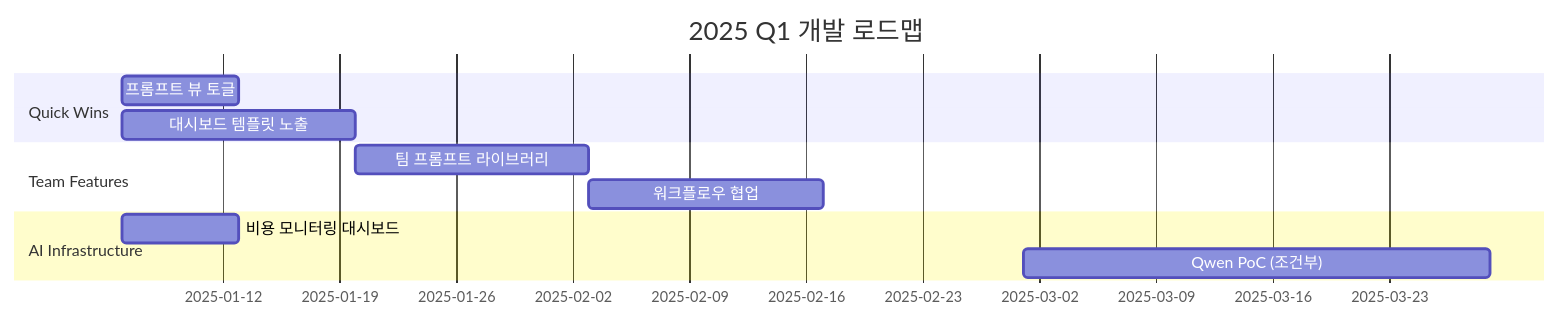
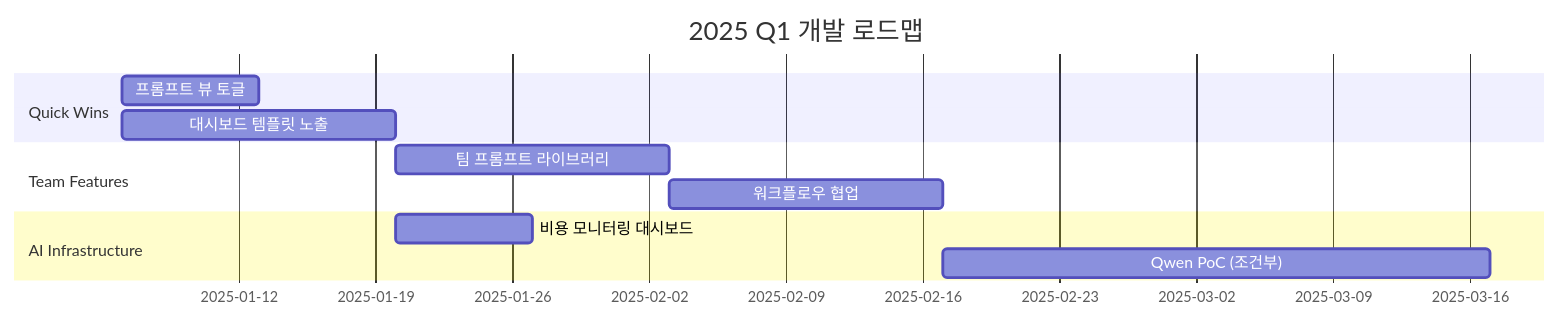
The seventh of 7 diagrams in docs/strategic_feedback_analysis_report.md (jinh2kakao/Ainativepromptmanagermvp), drawn with Mermaid before and after one commit.

Commit message:
docs: Add strategic feedback analysis report.

````diff
--- a/docs/strategic_feedback_analysis_report.md
+++ b/docs/strategic_feedback_analysis_report.md
@@ -675,14 +675,14 @@
 ```mermaid
 gantt
     title 2025 Q1 개발 로드맵
     dateFormat  YYYY-MM-DD
     section Quick Wins
     프롬프트 뷰 토글        :a1, 2025-01-06, 1w
     대시보드 템플릿 노출     :a2, 2025-01-06, 2w
     section Team Features
     팀 프롬프트 라이브러리   :b1, after a2, 2w
     워크플로우 협업          :b2, after b1, 2w
     section AI Infrastructure
-    비용 모니터링 대시보드   :c1, 2025-01-06, 1w
-    Qwen PoC (조건부)       :c2, 2025-03-01, 4w
+    비용 모니터링 대시보드   :c1, 2025-01-20, 1w
+    Qwen PoC (조건부)       :c2, after b2, 4w
 ```
````
